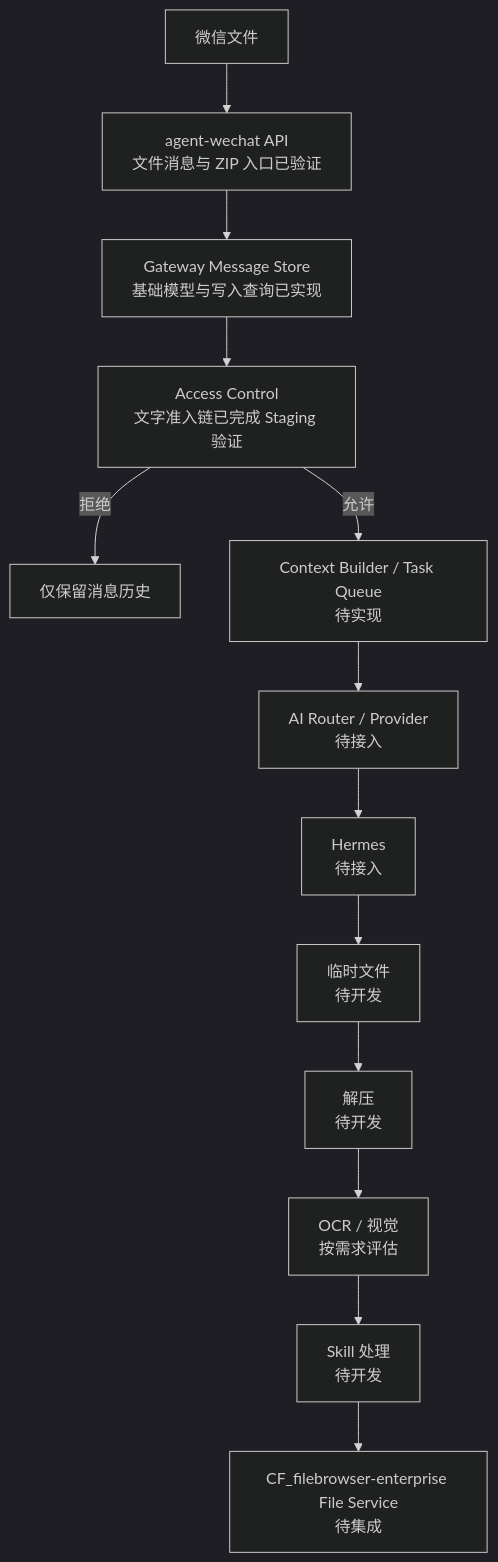
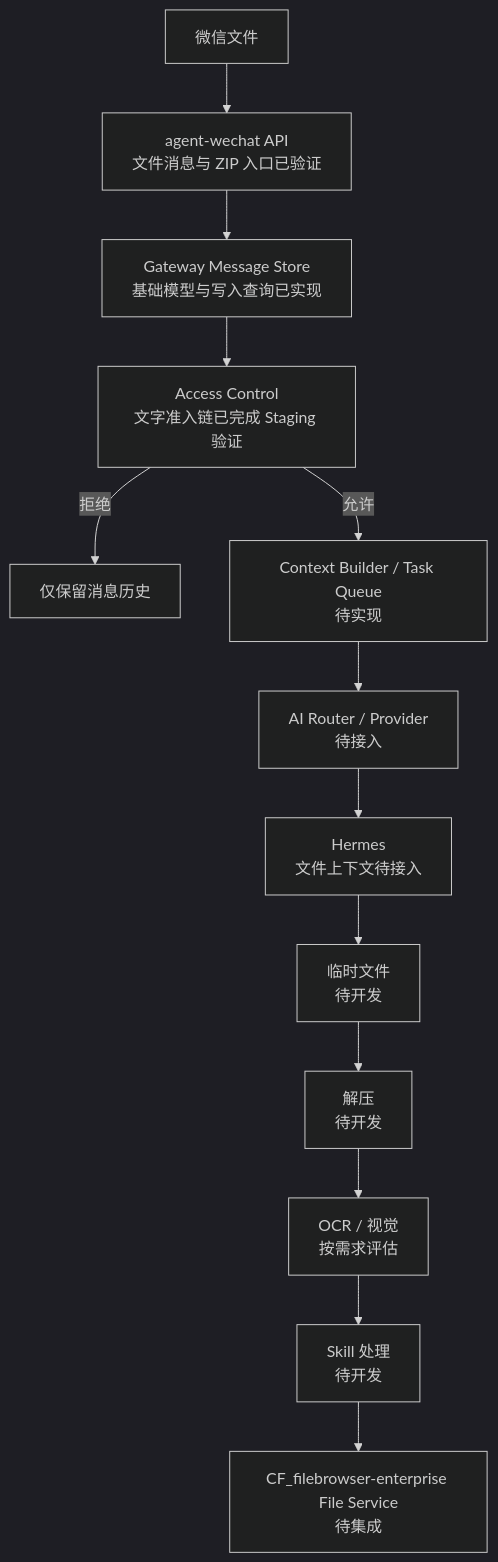
One commit to Tangbohu09527/CF_ecommerce-automation-docs changed the second of 2 diagrams in 02_系统设计.md. Above: the diagram before and after it, drawn with Mermaid (dark theme). The commit also changed other lines of this file and 20 other files, not shown here.

Commit message:
docs: update V1 staging architecture and validation records

````diff
--- a/02_系统设计.md
+++ b/02_系统设计.md
@@ -120,15 +134,15 @@
 ```mermaid
 flowchart TB
     W["微信文件"] --> A["agent-wechat API<br/>文件消息与 ZIP 入口已验证"]
     A --> M["Gateway Message Store<br/>基础模型与写入查询已实现"]
     M --> AC["Access Control<br/>文字准入链已完成 Staging 验证"]
     AC -->|"拒绝"| R["仅保留消息历史"]
     AC -->|"允许"| C["Context Builder / Task Queue<br/>待实现"]
     C --> P["AI Router / Provider<br/>待接入"]
-    P --> H["Hermes<br/>待接入"]
+    P --> H["Hermes<br/>文件上下文待接入"]
     H --> T["临时文件<br/>待开发"]
     T --> U["解压<br/>待开发"]
     U --> V["OCR / 视觉<br/>按需求评估"]
     V --> S["Skill 处理<br/>待开发"]
     S --> F["CF_filebrowser-enterprise File Service<br/>待集成"]
 ```
````
